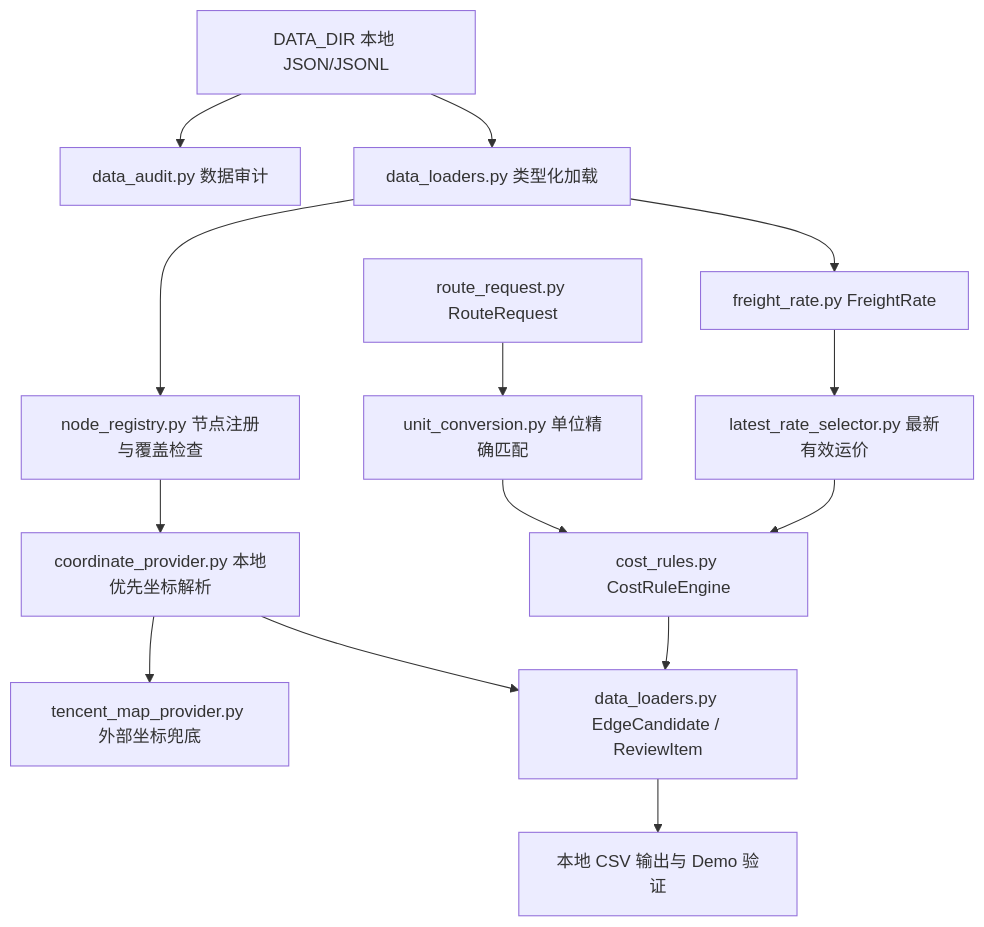
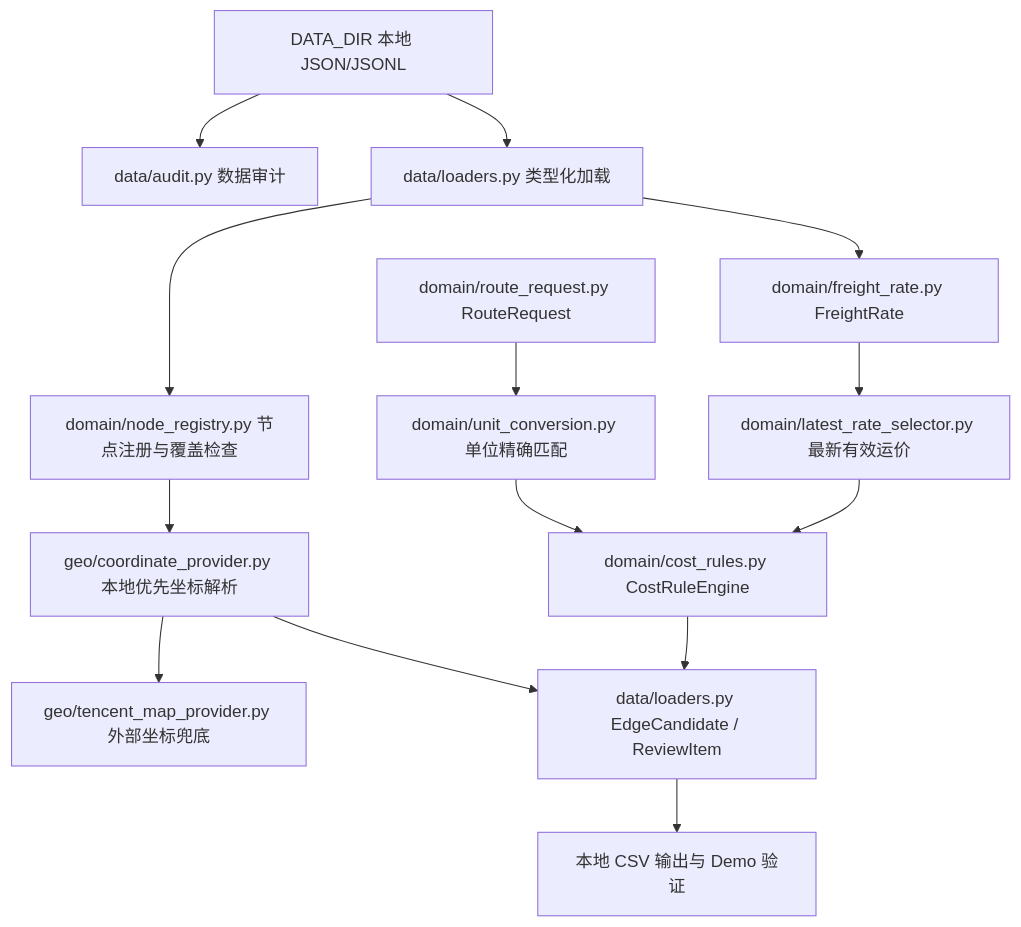
The diagram in docs/PROJECT_STATE.md (yumenou92-netizen/From-Port-to-Factory-A-Project-on-Transport-Route-Inference-Based-on-an-Open-Mapping-Platform), drawn with Mermaid before and after one commit. The commit also changed other lines of this file and 88 other files, not shown here.

````diff
--- a/docs/PROJECT_STATE.md
+++ b/docs/PROJECT_STATE.md
@@ -19,16 +19,16 @@
 ```mermaid
 flowchart TD
-    A["DATA_DIR 本地 JSON/JSONL"] --> B["data_audit.py 数据审计"]
-    A --> C["data_loaders.py 类型化加载"]
-    C --> D["node_registry.py 节点注册与覆盖检查"]
-    D --> E["coordinate_provider.py 本地优先坐标解析"]
-    E --> F["tencent_map_provider.py 外部坐标兜底"]
-    C --> G["freight_rate.py FreightRate"]
-    G --> H["latest_rate_selector.py 最新有效运价"]
-    I["route_request.py RouteRequest"] --> J["unit_conversion.py 单位精确匹配"]
-    H --> K["cost_rules.py CostRuleEngine"]
+    A["DATA_DIR 本地 JSON/JSONL"] --> B["data/audit.py 数据审计"]
+    A --> C["data/loaders.py 类型化加载"]
+    C --> D["domain/node_registry.py 节点注册与覆盖检查"]
+    D --> E["geo/coordinate_provider.py 本地优先坐标解析"]
+    E --> F["geo/tencent_map_provider.py 外部坐标兜底"]
+    C --> G["domain/freight_rate.py FreightRate"]
+    G --> H["domain/latest_rate_selector.py 最新有效运价"]
+    I["domain/route_request.py RouteRequest"] --> J["domain/unit_conversion.py 单位精确匹配"]
+    H --> K["domain/cost_rules.py CostRuleEngine"]
     J --> K
-    K --> L["data_loaders.py EdgeCandidate / ReviewItem"]
+    K --> L["data/loaders.py EdgeCandidate / ReviewItem"]
     E --> L
     L --> M["本地 CSV 输出与 Demo 验证"]
 ```
````
